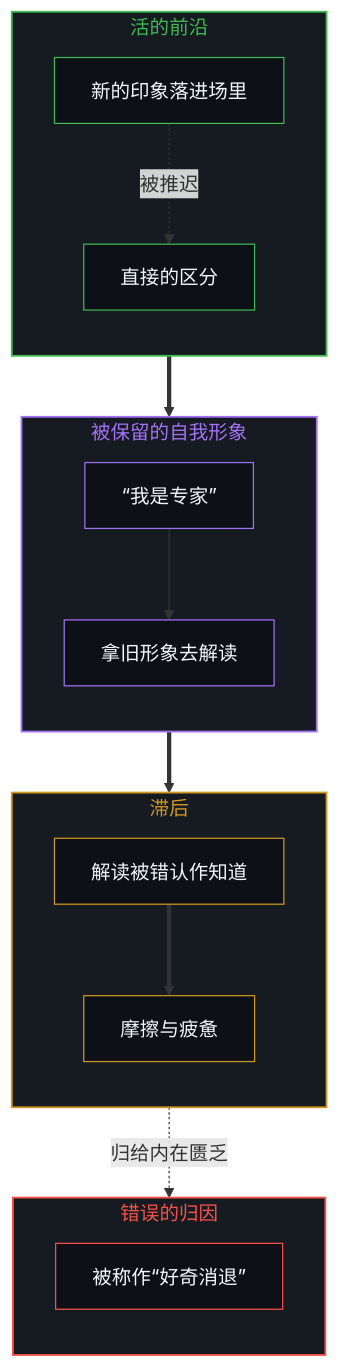
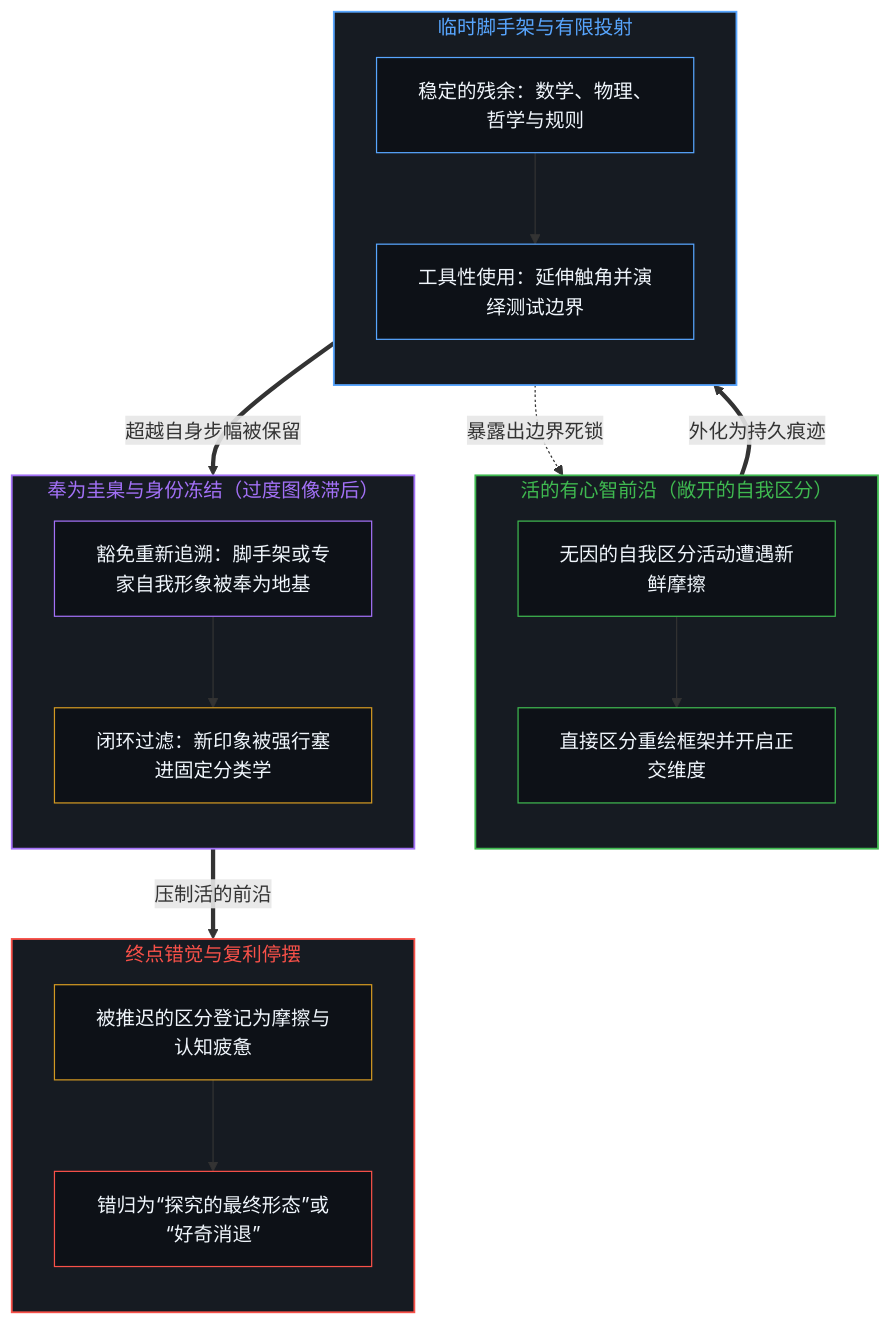
Before and after one commit to powerpig99/not-a-toe: the first of 2 diagrams in content/posts/curiosity-has-no-final-form.md, drawn with Mermaid. The commit also changed other lines of this file and 2 other files, not shown here.

````diff
--- a/content/posts/curiosity-has-no-final-form.md
+++ b/content/posts/curiosity-has-no-final-form.md
@@ -45,39 +27,43 @@
 ```mermaid
 flowchart TD
-    subgraph S_Edge["活的前沿"]
+    subgraph S_Edge["活的有心智前沿（敞开的自我区分）"]
         direction TB
-        E1["新的印象落进场里"]
-        E2["直接的区分"]
+        E1["无因的自我区分活动遭遇新鲜摩擦"]
+        E2["直接区分重绘框架并开启正交维度"]
+        E1 --> E2
     end
-    subgraph S_Image["被保留的自我形象"]
+    subgraph S_Proj["临时脚手架与有限投射"]
         direction TB
-        I1["“我是专家”"]
-        I2["拿旧形象去解读"]
+        P1["稳定的残余：数学、物理、哲学与规则"]
+        P2["工具性使用：延伸触角并演绎测试边界"]
+        P1 --> P2
     end
-    subgraph S_Lag["滞后"]
+    subgraph S_Freeze["奉为圭臬与身份冻结（过度图像滞后）"]
         direction TB
-        L1["解读被错认作知道"]
-        L2["摩擦与疲惫"]
+        F1["豁免重新追溯：脚手架或专家自我形象被奉为地基"]
+        F2["闭环过滤：新印象被强行塞进固定分类学"]
+        F1 --> F2
     end
-    subgraph S_Label["错误的归因"]
+    subgraph S_Collapse["终点错觉与复利停摆"]
         direction TB
-        B1["被称作“好奇消退”"]
+        C1["被推迟的区分登记为摩擦与认知疲惫"]
+        C2["错归为“探究的最终形态”或“好奇消退”"]
+        C1 --> C2
     end
-    E1 -.->|"被推迟"| E2
-    E1 ==> I2
-    I1 --> I2
-    I2 ==> L1
-    L1 ==> L2
-    L2 -.->|"归给内在匮乏"| B1
+    E2 ==>|"外化为持久痕迹"| P1
+    P2 ==>|"超越自身步幅被保留"| F1
+    F2 ==>|"压制活的前沿"| C1
+    P2 -.->|"暴露出边界死锁"| E2
     style S_Edge fill:#161b22,stroke:#3fb950,stroke-width:1.5px,color:#3fb950
-    style S_Image fill:#161b22,stroke:#a371f7,stroke-width:1.5px,color:#a371f7
-    style S_Lag fill:#161b22,stroke:#d29922,stroke-width:1.5px,color:#d29922
-    style S_Label fill:#161b22,stroke:#f85149,stroke-width:1.5px,color:#f85149
+    style S_Proj fill:#161b22,stroke:#58a6ff,stroke-width:1.5px,color:#58a6ff
+    style S_Freeze fill:#161b22,stroke:#a371f7,stroke-width:1.5px,color:#a371f7
+    style S_Collapse fill:#161b22,stroke:#f85149,stroke-width:1.5px,color:#f85149
     style E1 fill:#0d1117,stroke:#3fb950,stroke-width:1px,color:#f0f6fc
     style E2 fill:#0d1117,stroke:#3fb950,stroke-width:1px,color:#f0f6fc
-    style I1 fill:#0d1117,stroke:#a371f7,stroke-width:1px,color:#f0f6fc
-    style I2 fill:#0d1117,stroke:#a371f7,stroke-width:1px,color:#f0f6fc
-    style L1 fill:#0d1117,stroke:#d29922,stroke-width:1px,color:#f0f6fc
-    style L2 fill:#0d1117,stroke:#d29922,stroke-width:1px,color:#f0f6fc
-    style B1 fill:#0d1117,stroke:#f85149,stroke-width:1px,color:#f0f6fc
+    style P1 fill:#0d1117,stroke:#58a6ff,stroke-width:1px,color:#f0f6fc
+    style P2 fill:#0d1117,stroke:#58a6ff,stroke-width:1px,color:#f0f6fc
+    style F1 fill:#0d1117,stroke:#a371f7,stroke-width:1px,color:#f0f6fc
+    style F2 fill:#0d1117,stroke:#d29922,stroke-width:1px,color:#f0f6fc
+    style C1 fill:#0d1117,stroke:#d29922,stroke-width:1px,color:#f0f6fc
+    style C2 fill:#0d1117,stroke:#f85149,stroke-width:1px,color:#f0f6fc
 ```
````
